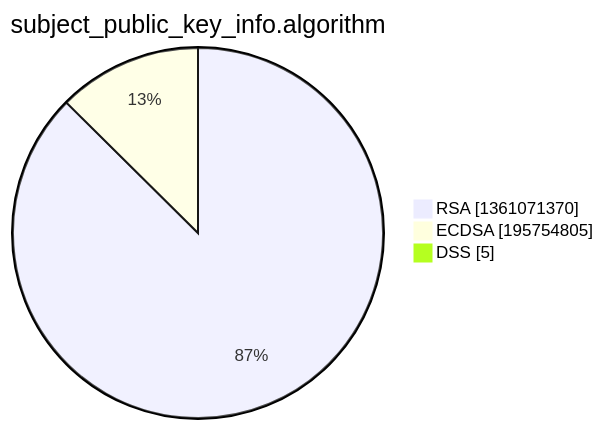
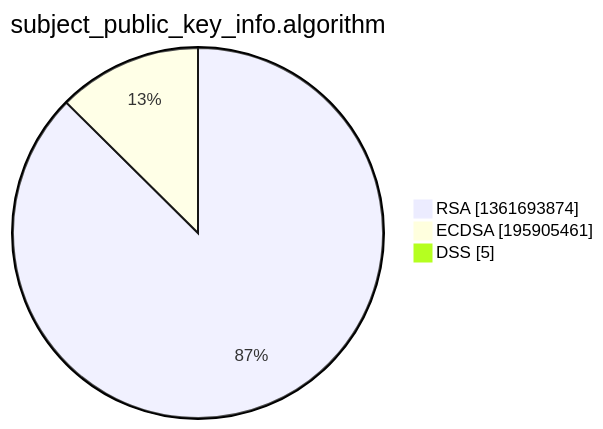
The third of 15 diagrams in xenon2022/README.md (christiankrug/ctmonitor_visualization), drawn with Mermaid before and after one commit. The commit also changed other lines of this file, not shown here.

````diff
--- a/xenon2022/README.md
+++ b/xenon2022/README.md
@@ -14,7 +14,7 @@
 ```mermaid
 pie showData
 title subject_public_key_info.algorithm
-"RSA" :1361071370
-"ECDSA" :195754805
+"RSA" :1361693874
+"ECDSA" :195905461
 "DSS" :5
 ```
````
